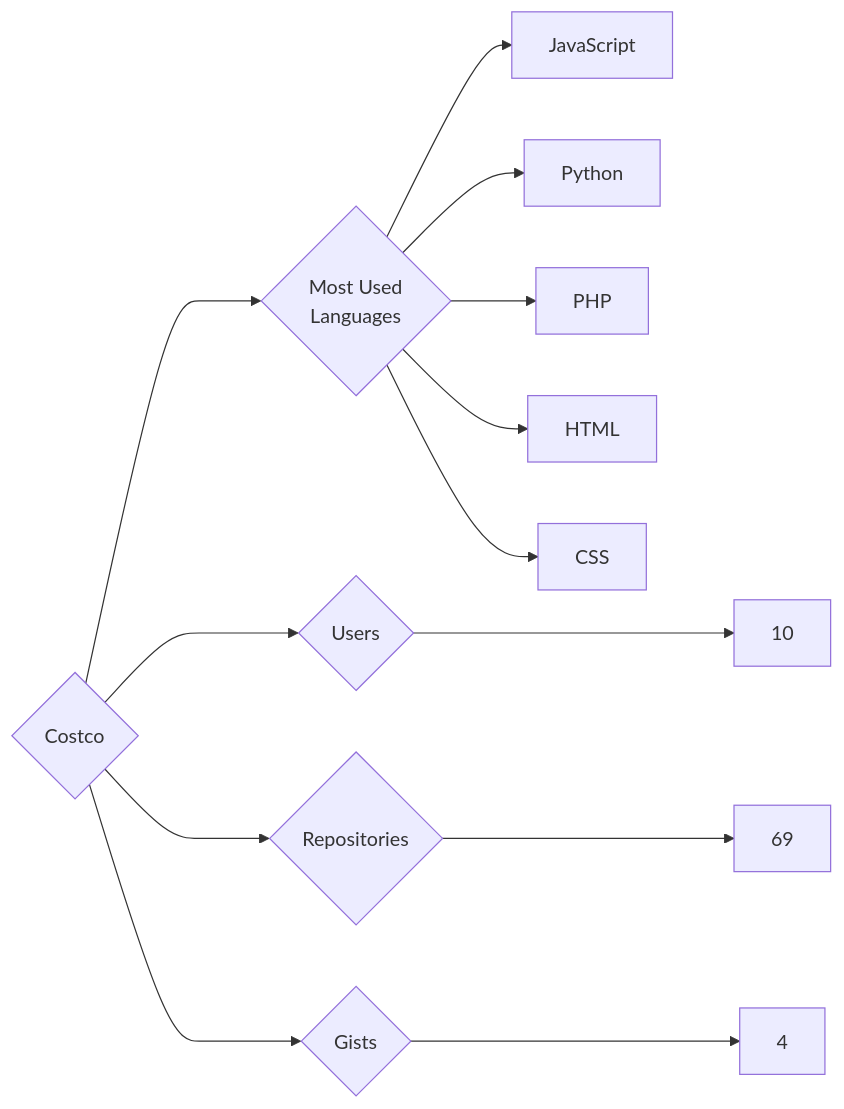
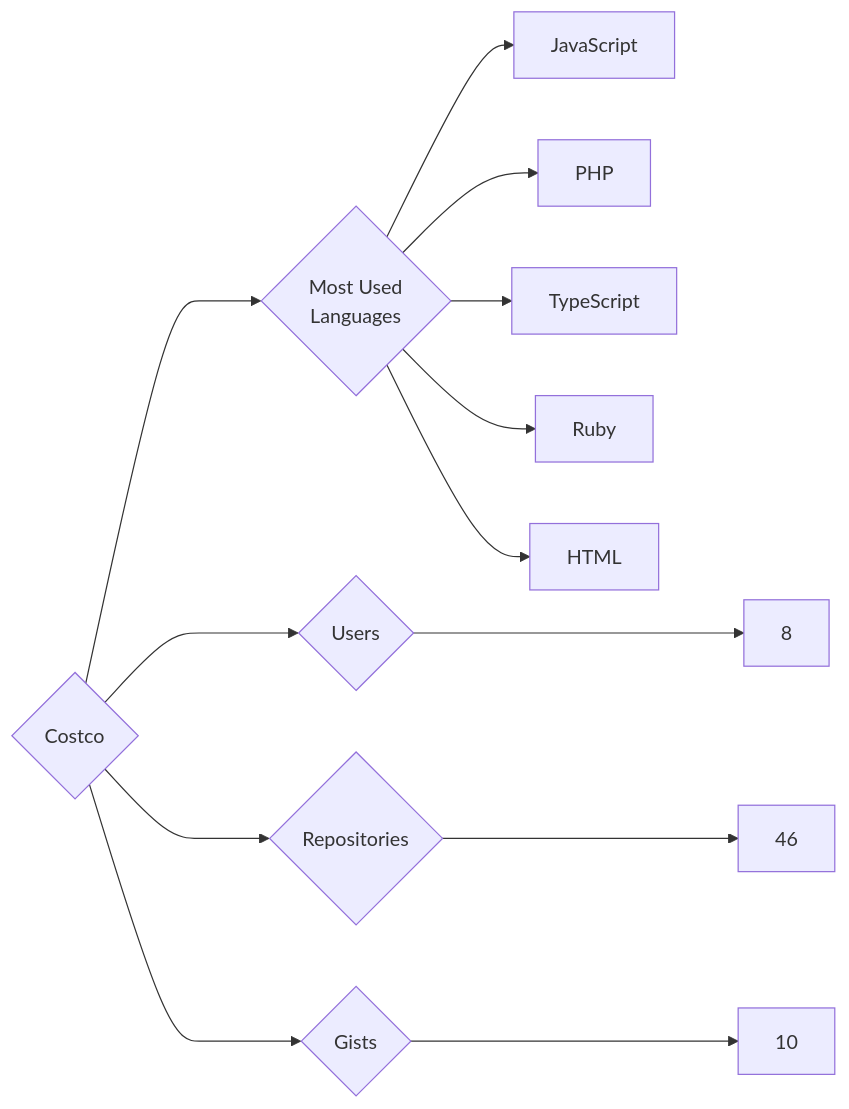
One commit to trickest/insiders changed the diagram in targets/Costco/README.md. Above: the diagram before and after it, drawn with Mermaid. The commit also changed 997 other files, not shown here.

````diff
--- a/targets/Costco/README.md
+++ b/targets/Costco/README.md
@@ -3,13 +3,13 @@
 ```mermaid
 graph LR
 COMPANY_NAME{Costco}
-COMPANY_NAME ---> U{Users} ---> UN[10]
-COMPANY_NAME ---> R{Repositories} ---> RN[69]
-COMPANY_NAME ---> G{Gists} ---> GN[4]
+COMPANY_NAME ---> U{Users} ---> UN[8]
+COMPANY_NAME ---> R{Repositories} ---> RN[46]
+COMPANY_NAME ---> G{Gists} ---> GN[10]
 COMPANY_NAME ---> ML{Most Used<br>Languages}
 ML --> JavaScript[JavaScript]
-ML --> Python[Python]
 ML --> PHP[PHP]
+ML --> TypeScript[TypeScript]
+ML --> Ruby[Ruby]
 ML --> HTML[HTML]
-ML --> CSS[CSS]
 ```
````
